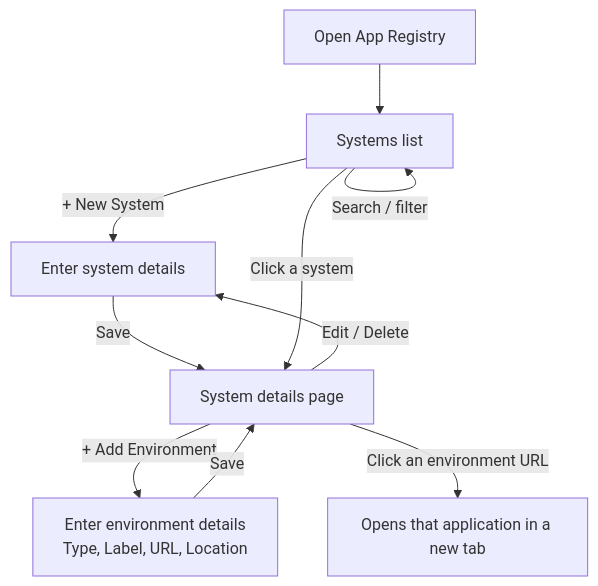
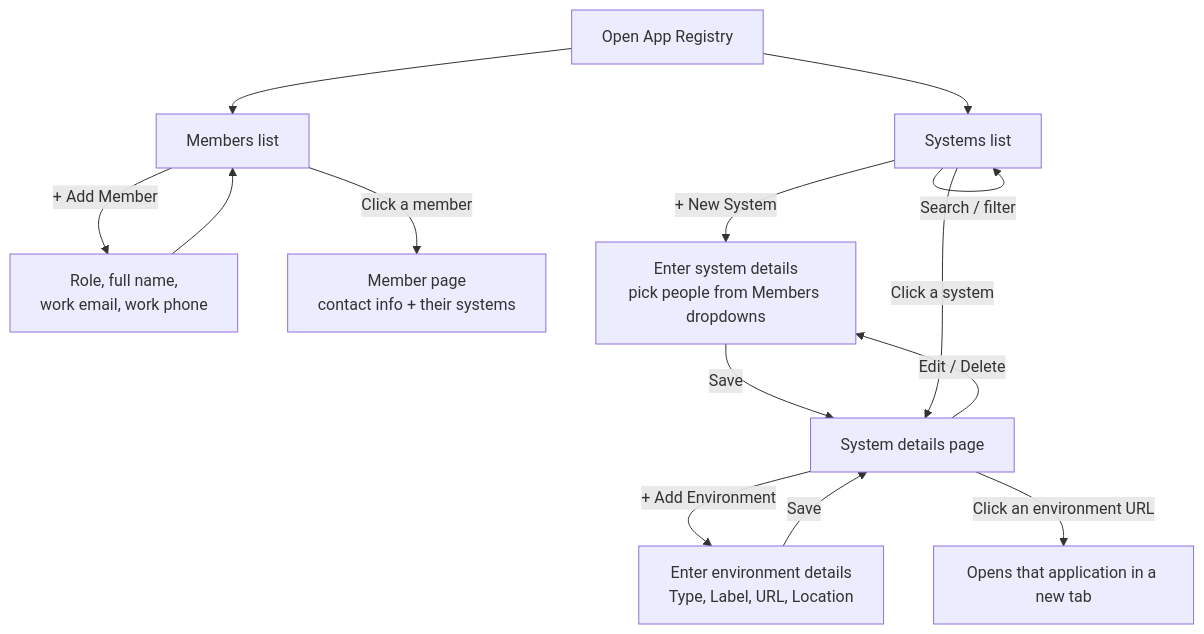
One commit to n-5699/app-tracker changed the first of 4 diagrams in README.md. Above: the diagram before and after it, drawn with Mermaid. The commit also changed other lines of this file and 3 other files, not shown here.

````diff
--- a/README.md
+++ b/README.md
@@ -57,12 +68,16 @@
 ```mermaid
 flowchart TD
     A[Open App Registry] --> B[Systems list]
+    A --> M[Members list]
+    M -->|"+ Add Member"| MC[Role, full name,<br/>work email, work phone]
+    MC --> M
+    M -->|Click a member| MD[Member page<br/>contact info + their systems]
     B -->|Search / filter| B
-    B -->|"+ New System"| C[Enter system details]
+    B -->|"+ New System"| C[Enter system details<br/>pick people from Members dropdowns]
     C -->|Save| E[System details page]
     B -->|Click a system| E
     E -->|Edit / Delete| C
     E -->|"+ Add Environment"| F[Enter environment details<br/>Type, Label, URL, Location]
     F -->|Save| E
     E -->|Click an environment URL| H[Opens that application in a new tab]
 ```
````
